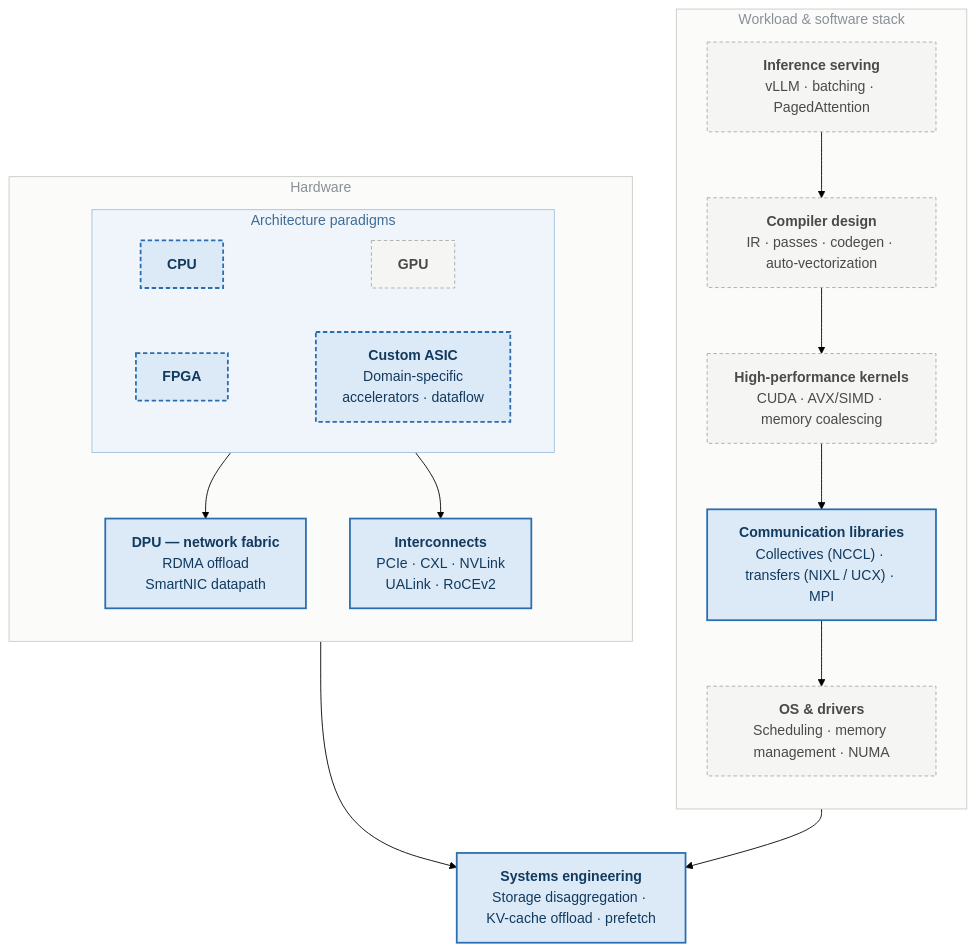
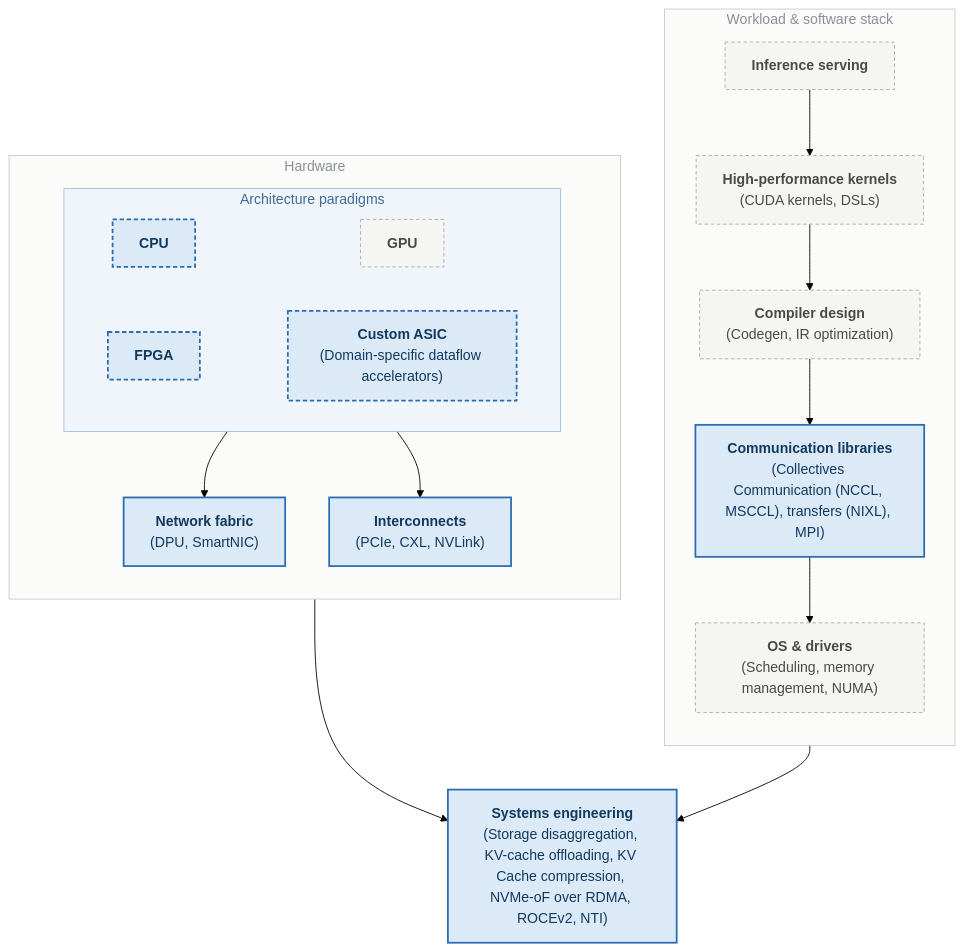
The diagram in content/_index.md (KarthikeyaSharma16/karthikeyasharma16.github.io), drawn with Mermaid (forest theme) before and after one commit. The commit also changed other lines of this file, not shown here.

Commit message:
updating flowchart

````diff
--- a/content/_index.md
+++ b/content/_index.md
@@ -22,76 +22,72 @@
 ```mermaid
 flowchart TD
     subgraph SW[" Workload &amp; software stack "]
     direction TB
-        S1["`**Inference serving**
-        vLLM · batching · PagedAttention`"]
+        S1["`**Inference serving**`"]
         S3["`**Compiler design**
-        IR · passes · codegen · auto-vectorization`"]
-        S2["`**High-performance kernels**
-        CUDA · AVX/SIMD · memory coalescing`"]
+        (Codegen, IR optimization)`"]
+        S2["`**High-performance kernels** 
+        (CUDA kernels, DSLs)`"]
         P5["`**Communication libraries**
-        Collectives (NCCL) · transfers (NIXL / UCX) · MPI`"]
+        (Collectives Communication (NCCL, MSCCL), transfers (NIXL), MPI)`"]
         S4["`**OS & drivers**
-        Scheduling · memory management · NUMA`"]
+        (Scheduling, memory management, NUMA)`"]
 
-        S1 --> S3
-        S3 --> S2
-        S2 --> P5
+        S1 --> S2
+        S2 --> S3
+        S3 --> P5
         P5 --> S4
     end
 
     subgraph HW[" Hardware "]
     direction TB
         subgraph ARCH[" Architecture paradigms "]
         direction LR
             H1["`**CPU**`"]
             H2["`**GPU**`"]
             H3["`**FPGA**`"]
             H4["`**Custom ASIC**
-            Domain-specific
-            accelerators · dataflow`"]
+            (Domain-specific dataflow accelerators)`"]
 
             %% Invisible links: Mermaid ignores a subgraph's `direction` once the
             %% subgraph has edges crossing its boundary, so without these the four
             %% paradigms stack in a single column. Two separate chains lay them
             %% out as a 2x2 grid.
             H1 ~~~ H2
             H3 ~~~ H4
         end
 
-        P2["`**DPU — network fabric**
-        RDMA offload
-        SmartNIC datapath`"]
+        P2["`**Network fabric**
+        (DPU, SmartNIC)`"]
 
         P1["`**Interconnects**
-        PCIe · CXL · NVLink
-        UALink · RoCEv2`"]
+        (PCIe, CXL, NVLink)`"]
 
         ARCH --> P2
         ARCH --> P1
     end
 
     P3["`**Systems engineering**
-    Storage disaggregation · KV-cache offload · prefetch`"]
+    (Storage disaggregation, KV-cache offloading, KV Cache compression, NVMe-oF over RDMA, ROCEv2, NTI)`"]
 
     HW --> P3
     S4 --> P3
 
     style P1 fill:#DCEAF8,stroke:#2A6DB0,color:#123A5E,stroke-width:2px
     style P2 fill:#DCEAF8,stroke:#2A6DB0,color:#123A5E,stroke-width:2px
     style P3 fill:#DCEAF8,stroke:#2A6DB0,color:#123A5E,stroke-width:2px
     style P5 fill:#DCEAF8,stroke:#2A6DB0,color:#123A5E,stroke-width:2px
     style H1 fill:#DCEAF8,stroke:#2A6DB0,color:#123A5E,stroke-width:2px,stroke-dasharray:5 3
     style H2 fill:#F5F5F3,stroke:#A9A9A4,color:#4A4A47,stroke-dasharray:4 3
     style H3 fill:#DCEAF8,stroke:#2A6DB0,color:#123A5E,stroke-width:2px,stroke-dasharray:5 3
     style H4 fill:#DCEAF8,stroke:#2A6DB0,color:#123A5E,stroke-width:2px,stroke-dasharray:5 3
 
     style S1 fill:#F5F5F3,stroke:#A9A9A4,color:#4A4A47,stroke-dasharray:4 3
     style S2 fill:#F5F5F3,stroke:#A9A9A4,color:#4A4A47,stroke-dasharray:4 3
     style S3 fill:#F5F5F3,stroke:#A9A9A4,color:#4A4A47,stroke-dasharray:4 3
     style S4 fill:#F5F5F3,stroke:#A9A9A4,color:#4A4A47,stroke-dasharray:4 3
 
     style SW fill:#FBFBFA,stroke:#C9C9C4,color:#8A8F98
     style ARCH fill:#EFF5FB,stroke:#9EC0E0,color:#3F6C97
     style HW fill:#FBFBFA,stroke:#C9C9C4,color:#8A8F98
 ```
````
